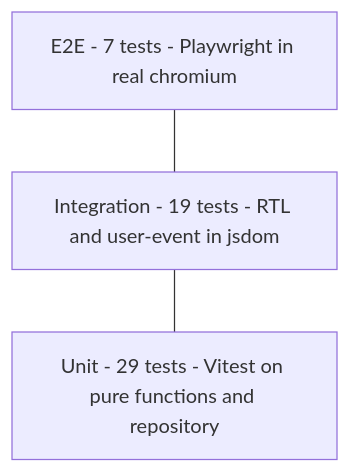
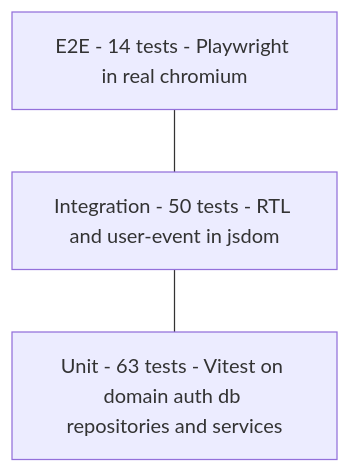
Before and after one commit to Kopi-O-Kosong-Beng/ShopBack_AI-Assisted-App: the first of 2 diagrams in specs/06-test-plan.md, drawn with Mermaid. The commit also changed other lines of this file and 6 other files, not shown here.

````diff
--- a/specs/06-test-plan.md
+++ b/specs/06-test-plan.md
@@ -13,4 +13,4 @@
 ```mermaid
 flowchart TB
-    E2E[E2E - 7 tests - Playwright in real chromium] --- INT[Integration - 19 tests - RTL and user-event in jsdom] --- UNIT[Unit - 29 tests - Vitest on pure functions and repository]
+    E2E[E2E - 14 tests - Playwright in real chromium] --- INT[Integration - 50 tests - RTL and user-event in jsdom] --- UNIT[Unit - 63 tests - Vitest on domain auth db repositories and services]
 ```
````
